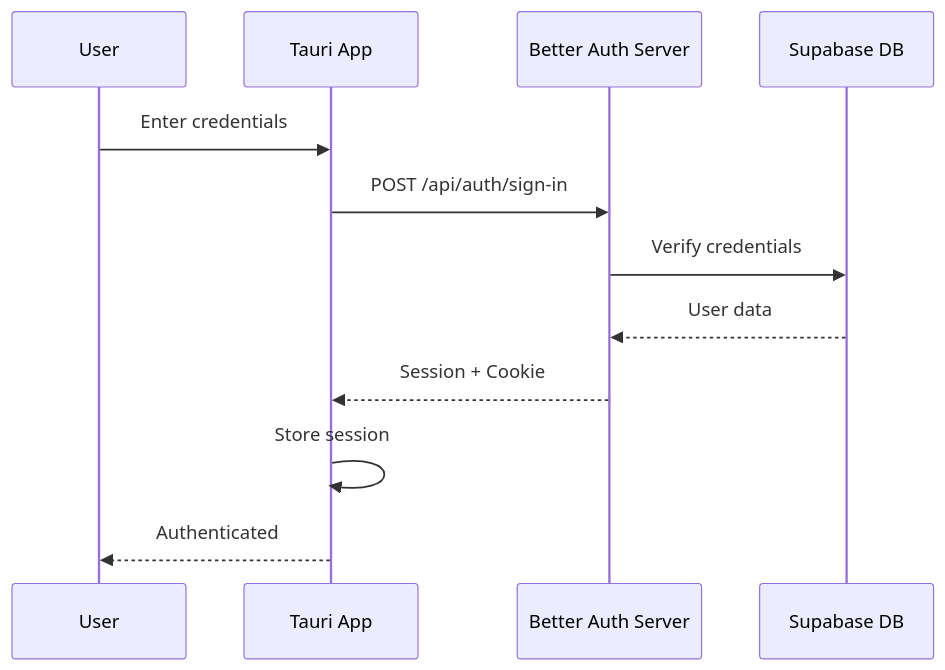
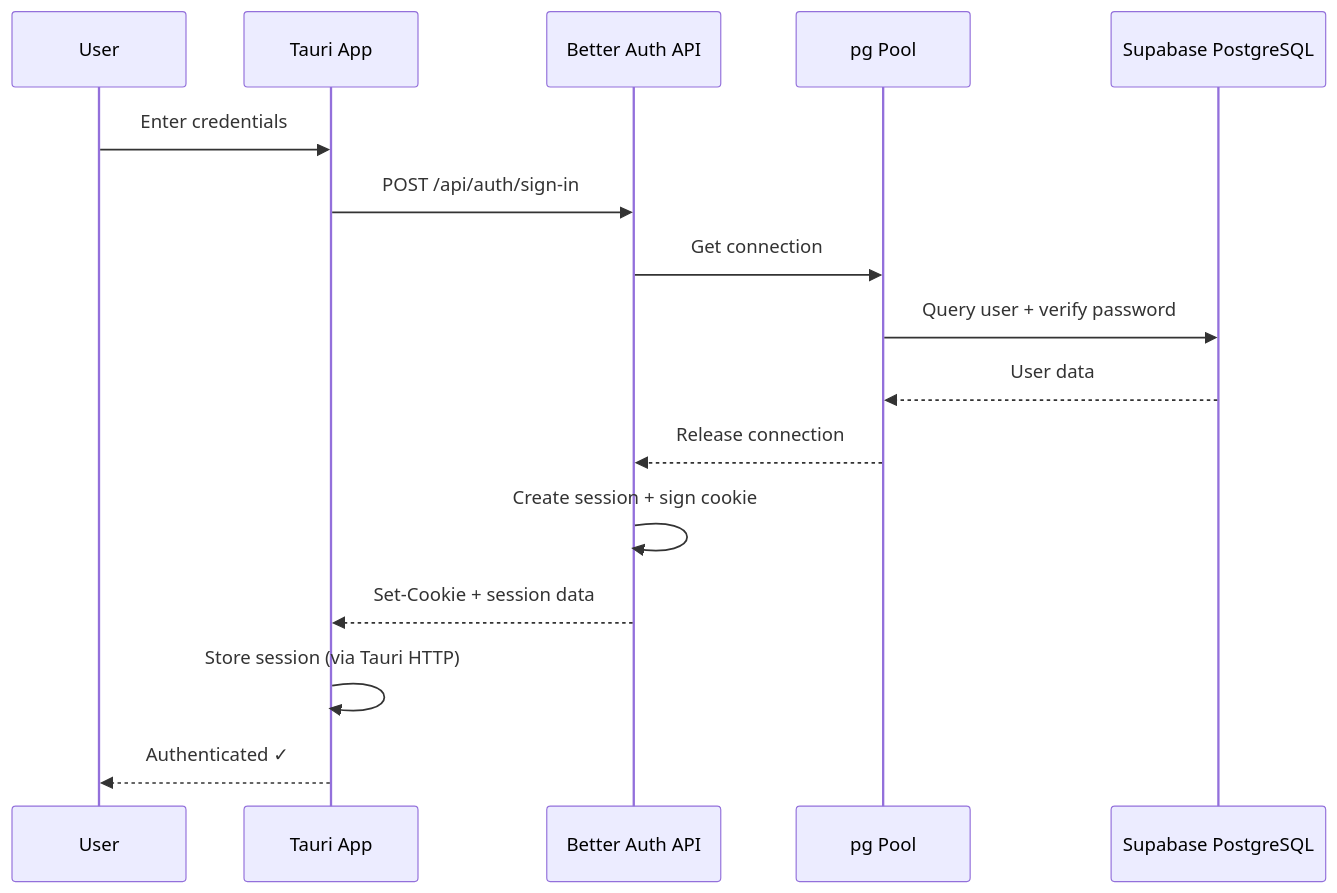
One commit to forerelic/truss changed the second of 3 diagrams in .context/AUTHENTICATION.md. Above: the diagram before and after it, drawn with Mermaid. The commit also changed other lines of this file and 38 other files, not shown here.

````diff
--- a/.context/AUTHENTICATION.md
+++ b/.context/AUTHENTICATION.md
@@ -131,15 +280,19 @@
 ```mermaid
 sequenceDiagram
     participant U as User
     participant T as Tauri App
-    participant B as Better Auth Server
-    participant S as Supabase DB
+    participant A as Better Auth API
+    participant P as pg Pool
+    participant D as Supabase PostgreSQL
 
     U->>T: Enter credentials
-    T->>B: POST /api/auth/sign-in
-    B->>S: Verify credentials
-    S-->>B: User data
-    B-->>T: Session + Cookie
-    T->>T: Store session
-    T-->>U: Authenticated
+    T->>A: POST /api/auth/sign-in
+    A->>P: Get connection
+    P->>D: Query user + verify password
+    D-->>P: User data
+    P-->>A: Release connection
+    A->>A: Create session + sign cookie
+    A-->>T: Set-Cookie + session data
+    T->>T: Store session (via Tauri HTTP)
+    T-->>U: Authenticated ✓
 ```
````
